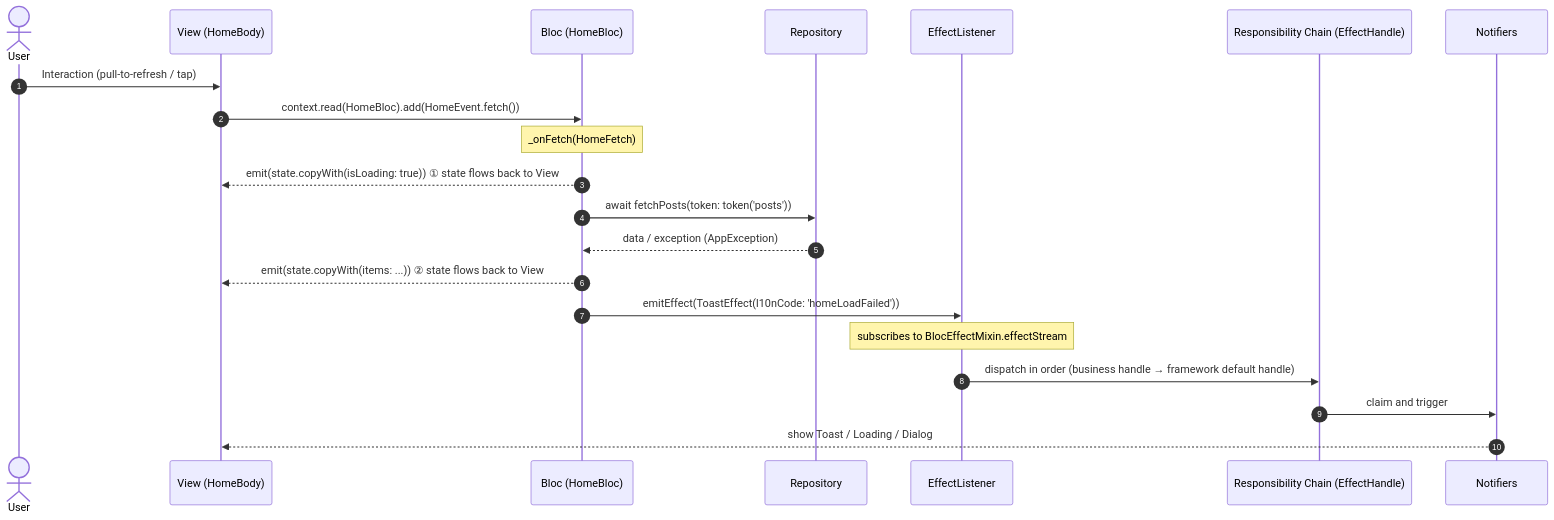
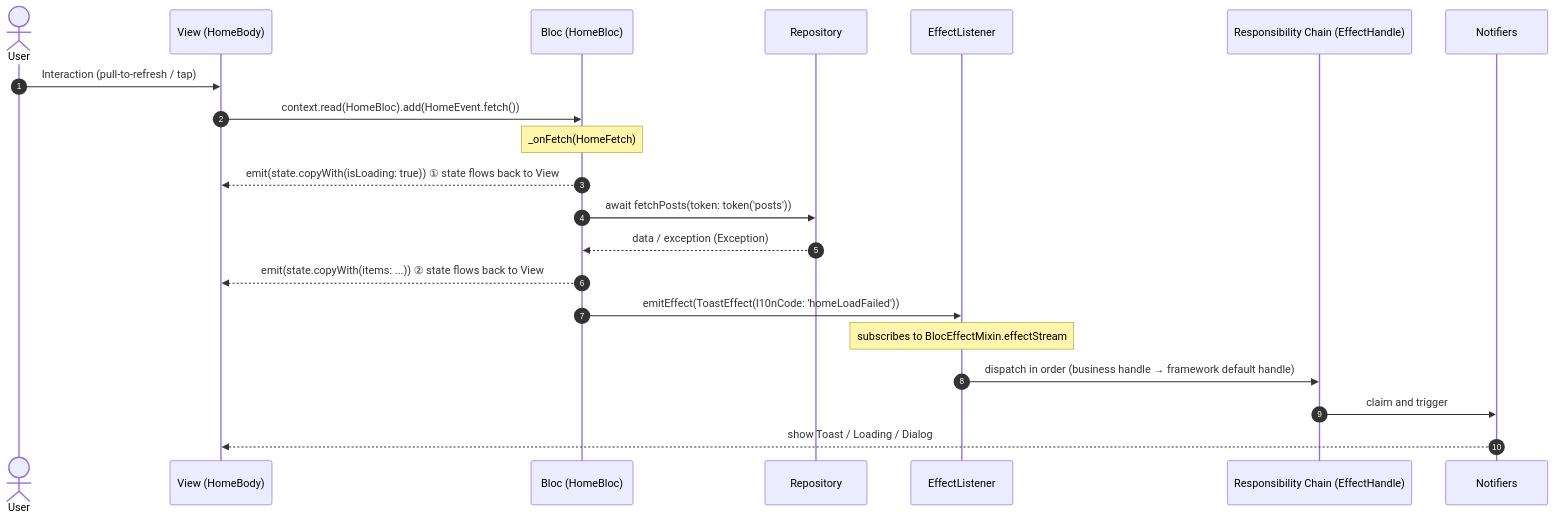
One commit to Dboy233/flutter_zero_doc changed the diagram in docs/en/architecture/index.md. Above: the diagram before and after it, drawn with Mermaid. The commit also changed other lines of this file and 25 other files, not shown here.

First line of the commit message:
文档全面对齐 2.0.0 范式：移除 AppException/DioClient/版本门禁等过时描述

````diff
--- a/docs/en/architecture/index.md
+++ b/docs/en/architecture/index.md
@@ -152,25 +150,25 @@
 ```mermaid
 %%{init: {"themeVariables": {"fontSize": "16px"}, "useMaxWidth": false}}%%
 sequenceDiagram
     autonumber
     actor User as User
     participant View as View (HomeBody)
     participant Bloc as Bloc (HomeBloc)
     participant Repo as Repository
     participant Listener as EffectListener
     participant Chain as Responsibility Chain (EffectHandle)
     participant Notifiers as Notifiers
 
     User->>View: Interaction (pull-to-refresh / tap)
     View->>Bloc: context.read(HomeBloc).add(HomeEvent.fetch())
     Note over Bloc: _onFetch(HomeFetch)
     Bloc-->>View: emit(state.copyWith(isLoading: true)) ① state flows back to View
     Bloc->>Repo: await fetchPosts(token: token('posts'))
-    Repo-->>Bloc: data / exception (AppException)
+    Repo-->>Bloc: data / exception (Exception)
     Bloc-->>View: emit(state.copyWith(items: ...)) ② state flows back to View
     Bloc->>Listener: emitEffect(ToastEffect(l10nCode: 'homeLoadFailed'))
     Note over Listener: subscribes to BlocEffectMixin.effectStream
     Listener->>Chain: dispatch in order (business handle → framework default handle)
     Chain->>Notifiers: claim and trigger
     Notifiers-->>View: show Toast / Loading / Dialog
 ```
````
